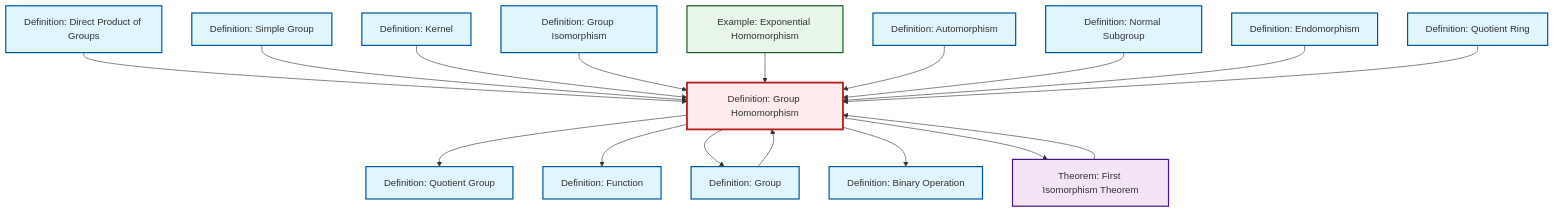
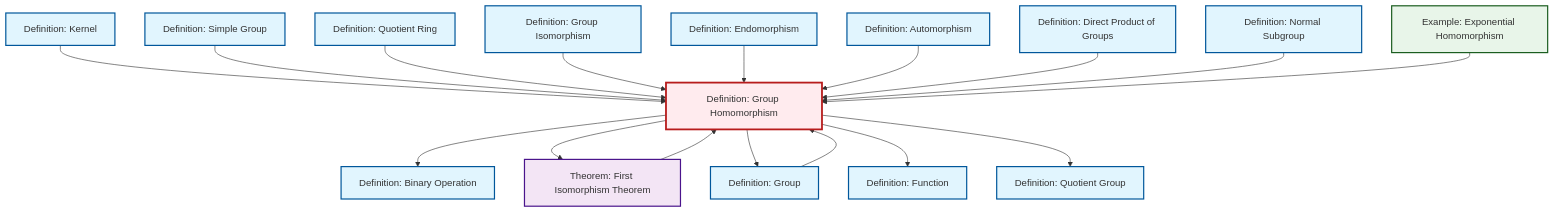
One commit to RK0429/ModernMath changed the diagram in content/ja/algebra/def-homomorphism.qmd. Above: the diagram before and after it, drawn with Mermaid. The commit also changed other lines of this file and 619 other files, not shown here.

````diff
--- a/content/ja/algebra/def-homomorphism.qmd
+++ b/content/ja/algebra/def-homomorphism.qmd
@@ -66,55 +66,55 @@
 ```{mermaid}
 %%| fig-cap: "Local dependency graph"
 graph TD
     classDef definition fill:#e1f5fe,stroke:#01579b,stroke-width:2px
     classDef theorem fill:#f3e5f5,stroke:#4a148c,stroke-width:2px
     classDef axiom fill:#fff3e0,stroke:#e65100,stroke-width:2px
     classDef example fill:#e8f5e9,stroke:#1b5e20,stroke-width:2px
     classDef current fill:#ffebee,stroke:#b71c1c,stroke-width:3px
+    def-binary-operation["Definition: Binary Operation"]:::definition
+    def-normal-subgroup["Definition: Normal Subgroup"]:::definition
+    def-group["Definition: Group"]:::definition
+    def-kernel["Definition: Kernel"]:::definition
     def-simple-group["Definition: Simple Group"]:::definition
+    thm-first-isomorphism["Theorem: First Isomorphism Theorem"]:::theorem
+    def-quotient-group["Definition: Quotient Group"]:::definition
+    ex-exponential-homomorphism["Example: Exponential Homomorphism"]:::example
+    def-isomorphism["Definition: Group Isomorphism"]:::definition
+    def-automorphism["Definition: Automorphism"]:::definition
+    def-quotient-ring["Definition: Quotient Ring"]:::definition
     def-homomorphism["Definition: Group Homomorphism"]:::definition
-    def-automorphism["Definition: Automorphism"]:::definition
+    def-endomorphism["Definition: Endomorphism"]:::definition
     def-function["Definition: Function"]:::definition
-    def-isomorphism["Definition: Group Isomorphism"]:::definition
-    ex-exponential-homomorphism["Example: Exponential Homomorphism"]:::example
-    def-quotient-ring["Definition: Quotient Ring"]:::definition
-    def-endomorphism["Definition: Endomorphism"]:::definition
-    def-kernel["Definition: Kernel"]:::definition
-    def-quotient-group["Definition: Quotient Group"]:::definition
-    thm-first-isomorphism["Theorem: First Isomorphism Theorem"]:::theorem
-    def-normal-subgroup["Definition: Normal Subgroup"]:::definition
     def-direct-product["Definition: Direct Product of Groups"]:::definition
-    def-group["Definition: Group"]:::definition
-    def-binary-operation["Definition: Binary Operation"]:::definition
+    def-homomorphism --> def-binary-operation
+    def-homomorphism --> thm-first-isomorphism
+    def-kernel --> def-homomorphism
+    def-group --> def-homomorphism
+    def-simple-group --> def-homomorphism
+    def-quotient-ring --> def-homomorphism
+    def-homomorphism --> def-group
+    def-isomorphism --> def-homomorphism
+    def-homomorphism --> def-function
+    def-endomorphism --> def-homomorphism
+    def-automorphism --> def-homomorphism
     def-direct-product --> def-homomorphism
-    def-simple-group --> def-homomorphism
-    def-kernel --> def-homomorphism
+    def-normal-subgroup --> def-homomorphism
     def-homomorphism --> def-quotient-group
-    def-isomorphism --> def-homomorphism
-    def-group --> def-homomorphism
     ex-exponential-homomorphism --> def-homomorphism
-    def-automorphism --> def-homomorphism
-    def-normal-subgroup --> def-homomorphism
-    def-homomorphism --> def-function
-    def-homomorphism --> def-group
-    def-homomorphism --> def-binary-operation
-    def-endomorphism --> def-homomorphism
-    def-quotient-ring --> def-homomorphism
-    def-homomorphism --> thm-first-isomorphism
     thm-first-isomorphism --> def-homomorphism
     class def-homomorphism current
+    click def-binary-operation "def-binary-operation.html" "Definition: Binary Operationへ"
+    click def-normal-subgroup "def-normal-subgroup.html" "Definition: Normal Subgroupへ"
+    click def-group "def-group.html" "Definition: Groupへ"
+    click def-kernel "def-kernel.html" "Definition: Kernelへ"
     click def-simple-group "def-simple-group.html" "Definition: Simple Groupへ"
+    click thm-first-isomorphism "thm-first-isomorphism.html" "Theorem: First Isomorphism Theoremへ"
+    click def-quotient-group "def-quotient-group.html" "Definition: Quotient Groupへ"
+    click ex-exponential-homomorphism "ex-exponential-homomorphism.html" "Example: Exponential Homomorphismへ"
+    click def-isomorphism "def-isomorphism.html" "Definition: Group Isomorphismへ"
     click def-automorphism "def-automorphism.html" "Definition: Automorphismへ"
-    click def-function "def-function.html" "Definition: Functionへ"
-    click def-isomorphism "def-isomorphism.html" "Definition: Group Isomorphismへ"
-    click ex-exponential-homomorphism "ex-exponential-homomorphism.html" "Example: Exponential Homomorphismへ"
     click def-quotient-ring "def-quotient-ring.html" "Definition: Quotient Ringへ"
     click def-endomorphism "def-endomorphism.html" "Definition: Endomorphismへ"
-    click def-kernel "def-kernel.html" "Definition: Kernelへ"
-    click def-quotient-group "def-quotient-group.html" "Definition: Quotient Groupへ"
-    click thm-first-isomorphism "thm-first-isomorphism.html" "Theorem: First Isomorphism Theoremへ"
-    click def-normal-subgroup "def-normal-subgroup.html" "Definition: Normal Subgroupへ"
+    click def-function "def-function.html" "Definition: Functionへ"
     click def-direct-product "def-direct-product.html" "Definition: Direct Product of Groupsへ"
-    click def-group "def-group.html" "Definition: Groupへ"
-    click def-binary-operation "def-binary-operation.html" "Definition: Binary Operationへ"
 ```
````
